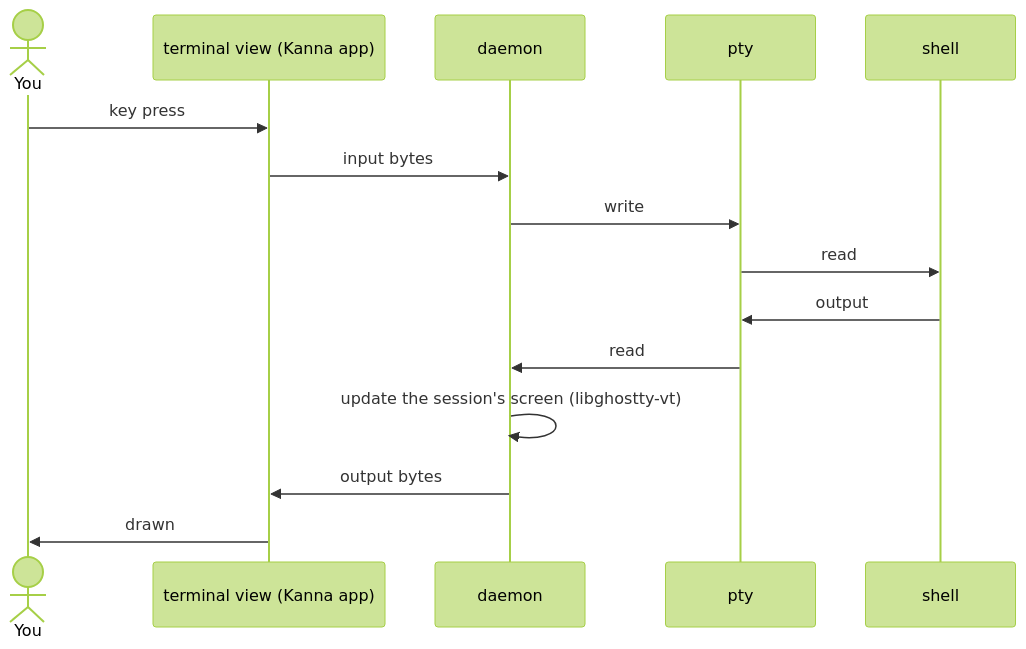
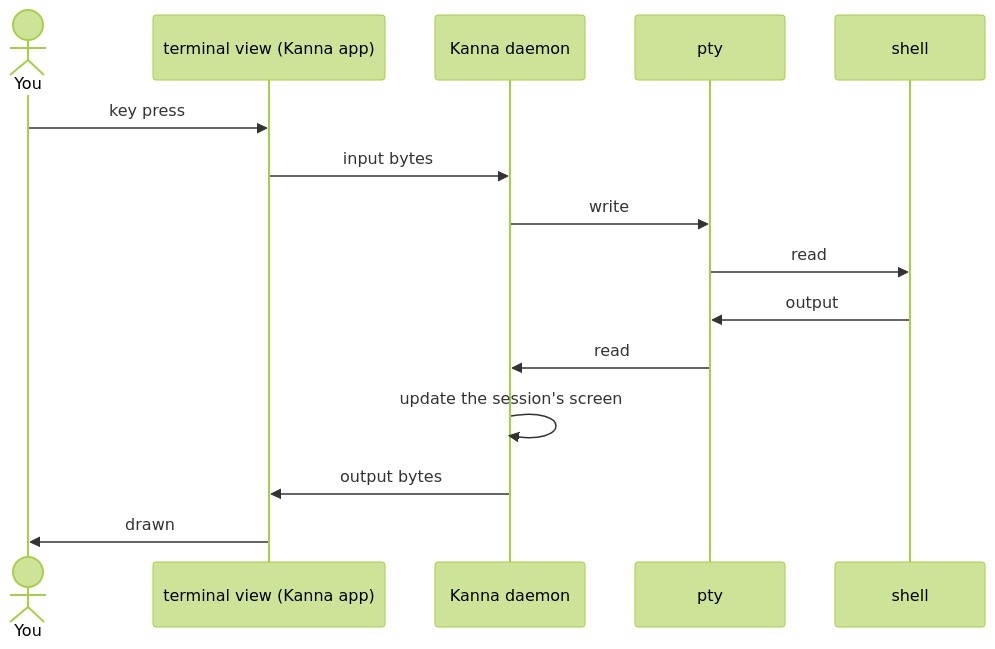
Before and after one commit to jemdiggity/kanna-v4: the sixth of 9 diagrams in docs/research/mux-architecture.md, drawn with Mermaid (forest theme). The commit also changed other lines of this file, not shown here.

Commit message:
Mux architecture: kmux stays an app with libraries; Kanna owns the daemon and keeper, built on kmux's CLI shape and mux UI

````diff
--- a/docs/research/mux-architecture.md
+++ b/docs/research/mux-architecture.md
@@ -201,17 +192,17 @@
 ```mermaid
 sequenceDiagram
     actor You
     participant G as terminal view (Kanna app)
-    participant D as daemon
+    participant D as Kanna daemon
     participant P as pty
     participant S as shell
     You->>G: key press
     G->>D: input bytes
     D->>P: write
     P->>S: read
     S->>P: output
     P->>D: read
-    D->>D: update the session's screen (libghostty-vt)
+    D->>D: update the session's screen
     D->>G: output bytes
     G->>You: drawn
 ```
````
